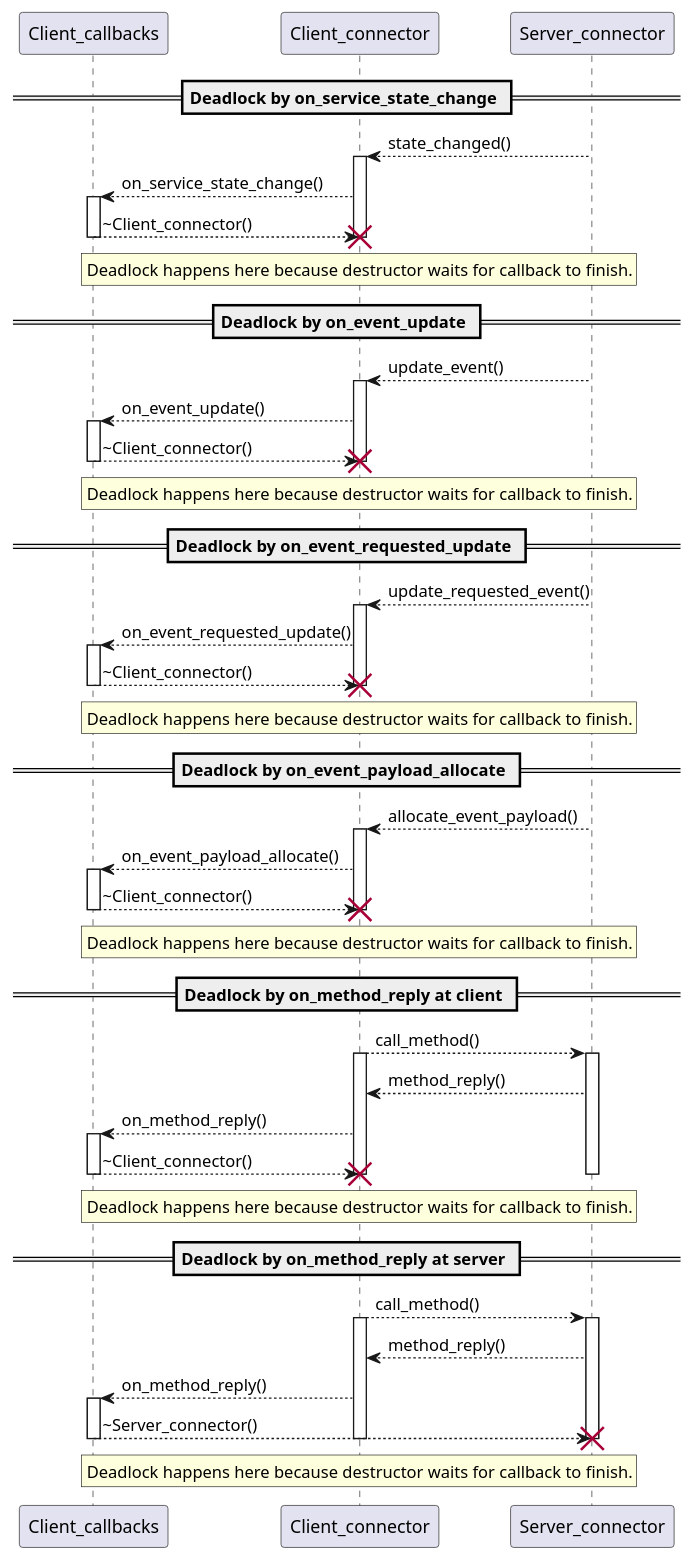
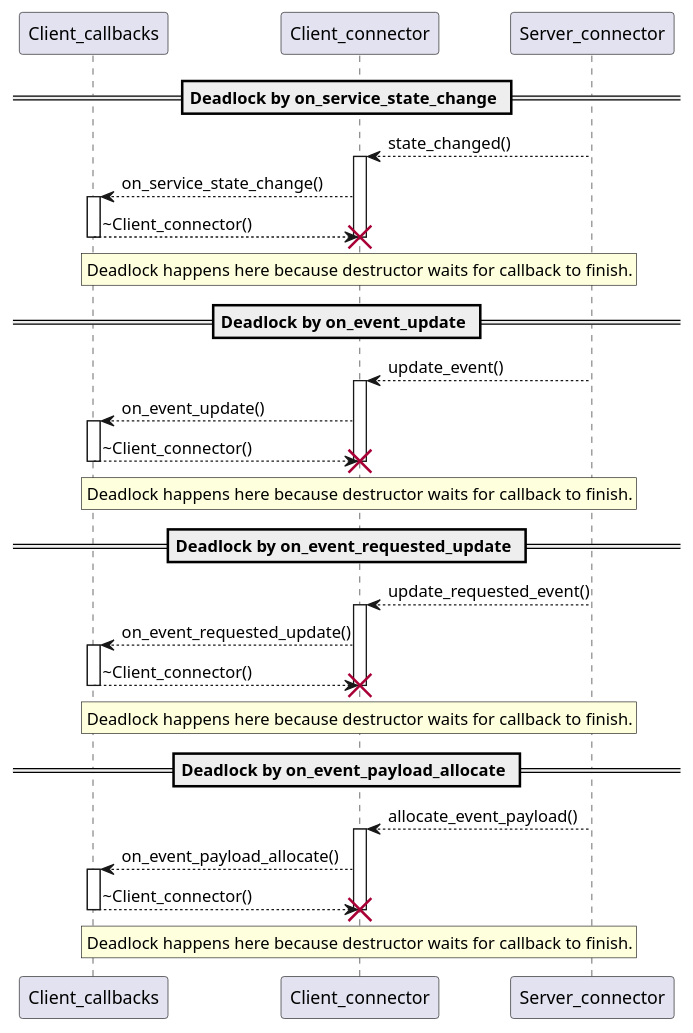
One commit to eclipse-score/inc_someip_gateway changed the diagram in score/socom/docs/design/models/interaction_diagram_client_connector_deadlocks.puml. Above: the diagram before and after it, drawn with PlantUML. The commit also changed 63 other files, not shown here.

First line of the commit message:
feat(socom)!: remove unused method call, serializer, and config support

```diff
--- a/score/socom/docs/design/models/interaction_diagram_client_connector_deadlocks.puml
+++ b/score/socom/docs/design/models/interaction_diagram_client_connector_deadlocks.puml
@@ -14,109 +14,69 @@
 @startuml
 participant Client_callbacks
 participant Client_connector
 participant Server_connector
 
 == Deadlock by on_service_state_change ==
 
 Server_connector --> Client_connector: state_changed()
 activate Client_connector
 
 Client_connector --> Client_callbacks: on_service_state_change()
 activate Client_callbacks
 
 Client_callbacks --> Client_connector: ~Client_connector()
 destroy Client_connector
 deactivate Client_callbacks
 
 rnote over Client_connector
  Deadlock happens here because destructor waits for callback to finish.
 endrnote
 
 == Deadlock by on_event_update ==
 
 Server_connector --> Client_connector: update_event()
 activate Client_connector
 
 Client_connector --> Client_callbacks: on_event_update()
 activate Client_callbacks
 
 Client_callbacks --> Client_connector: ~Client_connector()
 destroy Client_connector
 deactivate Client_callbacks
 
 rnote over Client_connector
  Deadlock happens here because destructor waits for callback to finish.
 endrnote
 
 == Deadlock by on_event_requested_update ==
 
 Server_connector --> Client_connector: update_requested_event()
 activate Client_connector
 
 Client_connector --> Client_callbacks: on_event_requested_update()
 activate Client_callbacks
 
 Client_callbacks --> Client_connector: ~Client_connector()
 destroy Client_connector
 deactivate Client_callbacks
 
 rnote over Client_connector
  Deadlock happens here because destructor waits for callback to finish.
 endrnote
 
 == Deadlock by on_event_payload_allocate ==
 
 Server_connector --> Client_connector: allocate_event_payload()
 activate Client_connector
 
 Client_connector --> Client_callbacks: on_event_payload_allocate()
 activate Client_callbacks
 
 Client_callbacks --> Client_connector: ~Client_connector()
 destroy Client_connector
 deactivate Client_callbacks
 
 rnote over Client_connector
  Deadlock happens here because destructor waits for callback to finish.
 endrnote
-
-== Deadlock by on_method_reply at client ==
-
-Client_connector --> Server_connector: call_method()
-activate Client_connector
-activate Server_connector
-
-Server_connector --> Client_connector: method_reply()
-
-Client_connector --> Client_callbacks: on_method_reply()
-activate Client_callbacks
-
-Client_callbacks --> Client_connector: ~Client_connector()
-destroy Client_connector
-deactivate Client_callbacks
-deactivate Server_connector
-
-rnote over Client_connector
- Deadlock happens here because destructor waits for callback to finish.
-endrnote
-
-== Deadlock by on_method_reply at server ==
-
-Client_connector --> Server_connector: call_method()
-activate Client_connector
-activate Server_connector
-
-Server_connector --> Client_connector: method_reply()
-
-Client_connector --> Client_callbacks: on_method_reply()
-activate Client_callbacks
-
-Client_callbacks --> Server_connector: ~Server_connector()
-deactivate Client_connector
-deactivate Client_callbacks
-destroy Server_connector
-
-rnote over Client_connector
- Deadlock happens here because destructor waits for callback to finish.
-endrnote
 @enduml
```
